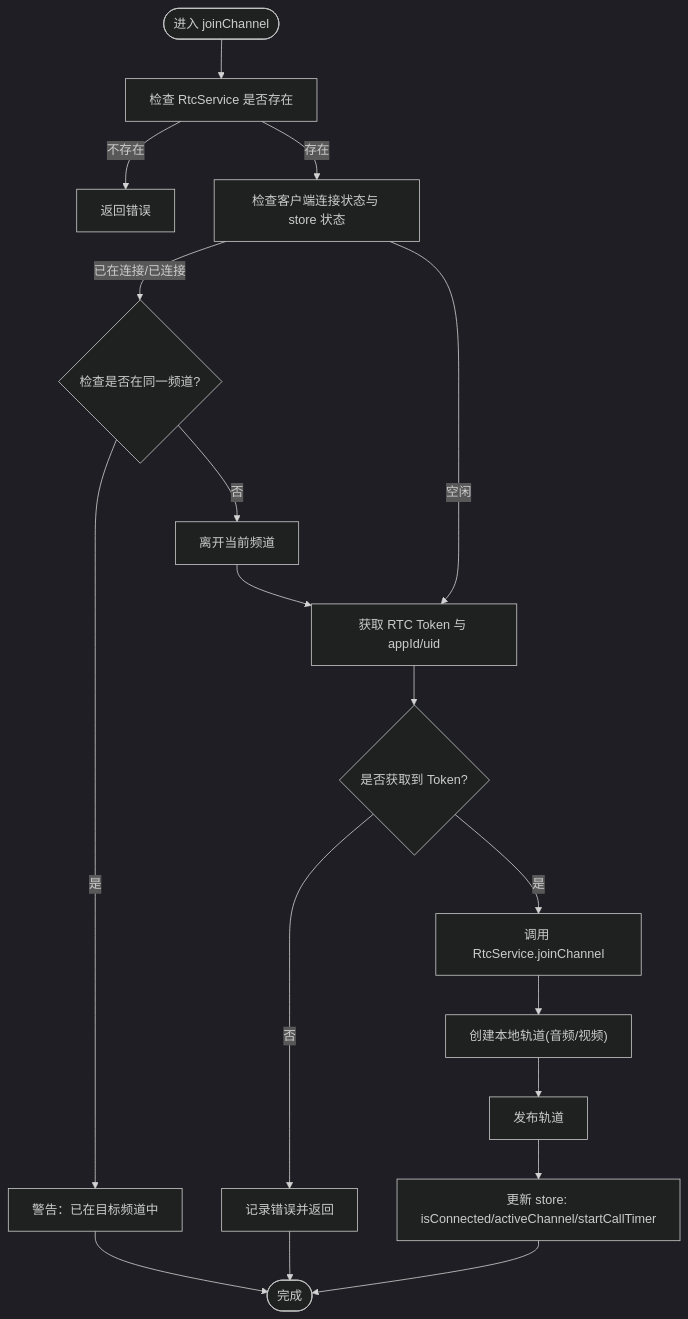
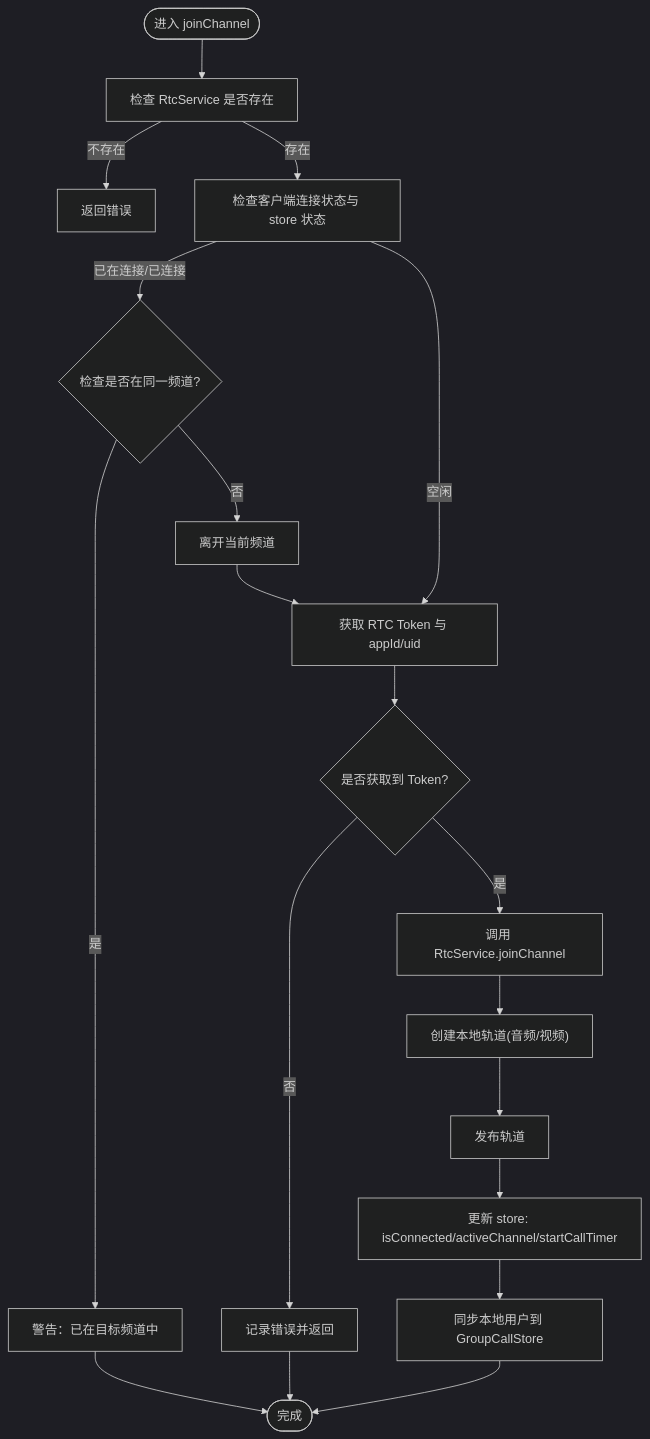
One commit to Easemob-Community/easemob-uikit-callkit-vue3 changed the fourth of 11 diagrams in .qoder/repowiki/zh/content/组合式 API/RTC 服务 API.md. Above: the diagram before and after it, drawn with Mermaid (dark theme). The commit also changed other lines of this file and 54 other files, not shown here.

````diff
--- a/.qoder/repowiki/zh/content/组合式 API/RTC 服务 API.md
+++ b/.qoder/repowiki/zh/content/组合式 API/RTC 服务 API.md
@@ -210,17 +261,18 @@
 ```mermaid
 flowchart TD
 Start(["进入 joinChannel"]) --> CheckInit["检查 RtcService 是否存在"]
 CheckInit --> |不存在| ReturnErr["返回错误"]
 CheckInit --> |存在| CheckState["检查客户端连接状态与 store 状态"]
 CheckState --> |已在连接/已连接| CheckChannel{"检查是否在同一频道?"}
 CheckChannel --> |是| Warn["警告：已在目标频道中"] --> End
 CheckChannel --> |否| LeaveCurrent["离开当前频道"] --> GetToken
 CheckState --> |空闲| GetToken["获取 RTC Token 与 appId/uid"]
 GetToken --> HasToken{"是否获取到 Token?"}
 HasToken --> |否| Fail["记录错误并返回"] --> End
 HasToken --> |是| Join["调用 RtcService.joinChannel"]
 Join --> Tracks["创建本地轨道(音频/视频)"]
 Tracks --> Publish["发布轨道"]
 Publish --> Update["更新 store: isConnected/activeChannel/startCallTimer"]
-Update --> End(["完成"])
+Update --> SyncGroup["同步本地用户到 GroupCallStore"]
+SyncGroup --> End(["完成"])
 ```
````
